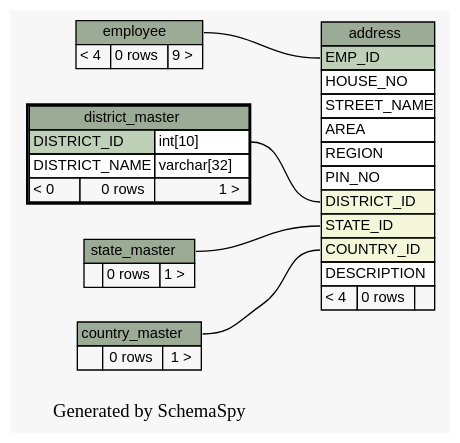
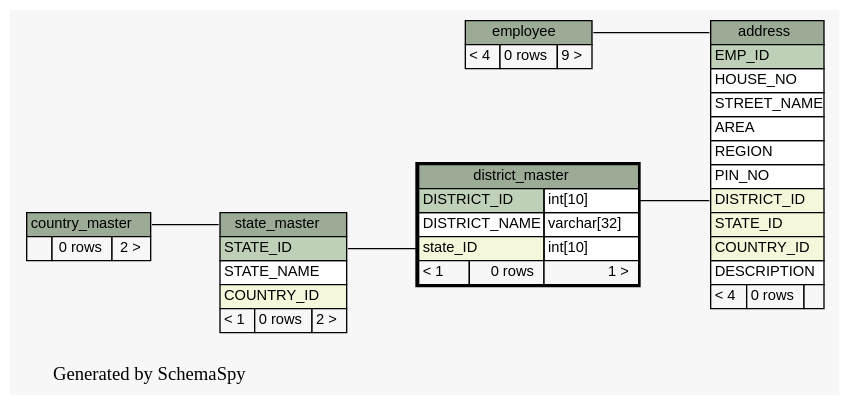
Before and after one commit to engineerscraft/hrms: the diagram in docs/database/schemaspy/graphs/district_master.2degrees.dot, drawn with Graphviz. The commit also changed 96 other files, not shown here.

```diff
--- a/docs/database/schemaspy/graphs/district_master.2degrees.dot
+++ b/docs/database/schemaspy/graphs/district_master.2degrees.dot
@@ -1,78 +1,82 @@
 // dot 2.38.0 on Windows 7 6.1
 digraph "twoDegreesRelationshipsGraph" {
   graph [
     rankdir="RL"
     bgcolor="#f7f7f7"
     label="\nGenerated by SchemaSpy"
     labeljust="l"
   ];
   node [
     fontname="Helvetica"
     fontsize="11"
     shape="plaintext"
   ];
   edge [
     arrowsize="0.8"
   ];
-  "address":"COUNTRY_ID":w -> "country_master":"country_master.heading":e [arrowtail=crowodot arrowhead=none];
   "address":"DISTRICT_ID":w -> "district_master":"DISTRICT_ID.type":e [arrowtail=crowodot arrowhead=none];
-  "address":"EMP_ID":w -> "employee":"employee.heading":e [arrowtail=tee arrowhead=none];
-  "address":"STATE_ID":w -> "state_master":"state_master.heading":e [arrowtail=crowodot arrowhead=none];
+  "address":"address.heading":w -> "employee":"employee.heading":e [arrowtail=tee arrowhead=none];
+  "district_master":"state_ID":w -> "state_master":"STATE_ID":e [arrowtail=crowodot arrowhead=none];
+  "state_master":"state_master.heading":w -> "country_master":"country_master.heading":e [arrowtail=crowodot arrowhead=none];
   "address" [
     label=<
     <TABLE BORDER="0" CELLBORDER="1" CELLSPACING="0" BGCOLOR="#ffffff">
       <TR><TD PORT="address.heading" COLSPAN="3" BGCOLOR="#9bab96" ALIGN="CENTER">address</TD></TR>
       <TR><TD PORT="EMP_ID" COLSPAN="3" BGCOLOR="#bed1b8" ALIGN="LEFT">EMP_ID</TD></TR>
       <TR><TD PORT="HOUSE_NO" COLSPAN="3" ALIGN="LEFT">HOUSE_NO</TD></TR>
       <TR><TD PORT="STREET_NAME" COLSPAN="3" ALIGN="LEFT">STREET_NAME</TD></TR>
       <TR><TD PORT="AREA" COLSPAN="3" ALIGN="LEFT">AREA</TD></TR>
       <TR><TD PORT="REGION" COLSPAN="3" ALIGN="LEFT">REGION</TD></TR>
       <TR><TD PORT="PIN_NO" COLSPAN="3" ALIGN="LEFT">PIN_NO</TD></TR>
       <TR><TD PORT="DISTRICT_ID" COLSPAN="3" BGCOLOR="#f4f7da" ALIGN="LEFT">DISTRICT_ID</TD></TR>
       <TR><TD PORT="STATE_ID" COLSPAN="3" BGCOLOR="#f4f7da" ALIGN="LEFT">STATE_ID</TD></TR>
       <TR><TD PORT="COUNTRY_ID" COLSPAN="3" BGCOLOR="#f4f7da" ALIGN="LEFT">COUNTRY_ID</TD></TR>
       <TR><TD PORT="DESCRIPTION" COLSPAN="3" ALIGN="LEFT">DESCRIPTION</TD></TR>
       <TR><TD ALIGN="LEFT" BGCOLOR="#f7f7f7">&lt; 4</TD><TD ALIGN="RIGHT" BGCOLOR="#f7f7f7">0 rows</TD><TD ALIGN="RIGHT" BGCOLOR="#f7f7f7">  </TD></TR>
     </TABLE>>
     URL="address.html#graph"
     tooltip="address"
   ];
   "country_master" [
     label=<
     <TABLE BORDER="0" CELLBORDER="1" CELLSPACING="0" BGCOLOR="#ffffff">
       <TR><TD PORT="country_master.heading" COLSPAN="3" BGCOLOR="#9bab96" ALIGN="CENTER">country_master</TD></TR>
-      <TR><TD ALIGN="LEFT" BGCOLOR="#f7f7f7">  </TD><TD ALIGN="RIGHT" BGCOLOR="#f7f7f7">0 rows</TD><TD ALIGN="RIGHT" BGCOLOR="#f7f7f7">1 &gt;</TD></TR>
+      <TR><TD ALIGN="LEFT" BGCOLOR="#f7f7f7">  </TD><TD ALIGN="RIGHT" BGCOLOR="#f7f7f7">0 rows</TD><TD ALIGN="RIGHT" BGCOLOR="#f7f7f7">2 &gt;</TD></TR>
     </TABLE>>
     URL="country_master.html#graph"
     tooltip="country_master"
   ];
   "district_master" [
     label=<
     <TABLE BORDER="2" CELLBORDER="1" CELLSPACING="0" BGCOLOR="#ffffff">
       <TR><TD PORT="district_master.heading" COLSPAN="3" BGCOLOR="#9bab96" ALIGN="CENTER">district_master</TD></TR>
       <TR><TD PORT="DISTRICT_ID" COLSPAN="2" BGCOLOR="#bed1b8" ALIGN="LEFT">DISTRICT_ID</TD><TD PORT="DISTRICT_ID.type" ALIGN="LEFT">int[10]</TD></TR>
       <TR><TD PORT="DISTRICT_NAME" COLSPAN="2" ALIGN="LEFT">DISTRICT_NAME</TD><TD PORT="DISTRICT_NAME.type" ALIGN="LEFT">varchar[32]</TD></TR>
-      <TR><TD ALIGN="LEFT" BGCOLOR="#f7f7f7">&lt; 0</TD><TD ALIGN="RIGHT" BGCOLOR="#f7f7f7">0 rows</TD><TD ALIGN="RIGHT" BGCOLOR="#f7f7f7">1 &gt;</TD></TR>
+      <TR><TD PORT="state_ID" COLSPAN="2" BGCOLOR="#f4f7da" ALIGN="LEFT">state_ID</TD><TD PORT="state_ID.type" ALIGN="LEFT">int[10]</TD></TR>
+      <TR><TD ALIGN="LEFT" BGCOLOR="#f7f7f7">&lt; 1</TD><TD ALIGN="RIGHT" BGCOLOR="#f7f7f7">0 rows</TD><TD ALIGN="RIGHT" BGCOLOR="#f7f7f7">1 &gt;</TD></TR>
     </TABLE>>
     URL="district_master.html#"
     tooltip="district_master"
   ];
   "employee" [
     label=<
     <TABLE BORDER="0" CELLBORDER="1" CELLSPACING="0" BGCOLOR="#ffffff">
       <TR><TD PORT="employee.heading" COLSPAN="3" BGCOLOR="#9bab96" ALIGN="CENTER">employee</TD></TR>
       <TR><TD ALIGN="LEFT" BGCOLOR="#f7f7f7">&lt; 4</TD><TD ALIGN="RIGHT" BGCOLOR="#f7f7f7">0 rows</TD><TD ALIGN="RIGHT" BGCOLOR="#f7f7f7">9 &gt;</TD></TR>
     </TABLE>>
     URL="employee.html#graph"
     tooltip="employee"
   ];
   "state_master" [
     label=<
     <TABLE BORDER="0" CELLBORDER="1" CELLSPACING="0" BGCOLOR="#ffffff">
       <TR><TD PORT="state_master.heading" COLSPAN="3" BGCOLOR="#9bab96" ALIGN="CENTER">state_master</TD></TR>
-      <TR><TD ALIGN="LEFT" BGCOLOR="#f7f7f7">  </TD><TD ALIGN="RIGHT" BGCOLOR="#f7f7f7">0 rows</TD><TD ALIGN="RIGHT" BGCOLOR="#f7f7f7">1 &gt;</TD></TR>
+      <TR><TD PORT="STATE_ID" COLSPAN="3" BGCOLOR="#bed1b8" ALIGN="LEFT">STATE_ID</TD></TR>
+      <TR><TD PORT="STATE_NAME" COLSPAN="3" ALIGN="LEFT">STATE_NAME</TD></TR>
+      <TR><TD PORT="COUNTRY_ID" COLSPAN="3" BGCOLOR="#f4f7da" ALIGN="LEFT">COUNTRY_ID</TD></TR>
+      <TR><TD ALIGN="LEFT" BGCOLOR="#f7f7f7">&lt; 1</TD><TD ALIGN="RIGHT" BGCOLOR="#f7f7f7">0 rows</TD><TD ALIGN="RIGHT" BGCOLOR="#f7f7f7">2 &gt;</TD></TR>
     </TABLE>>
     URL="state_master.html#graph"
     tooltip="state_master"
   ];
 }
```
